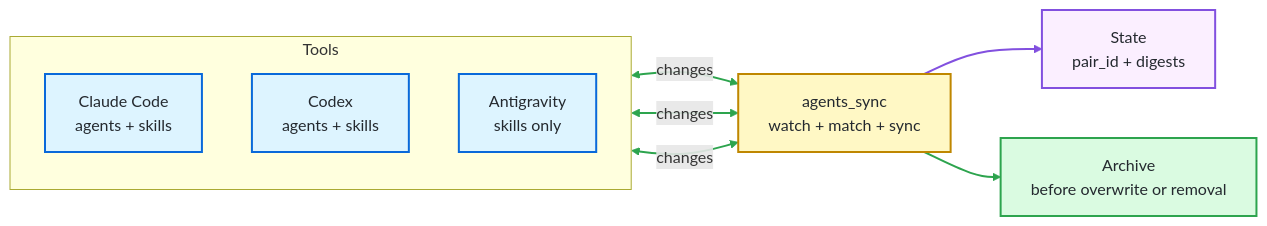
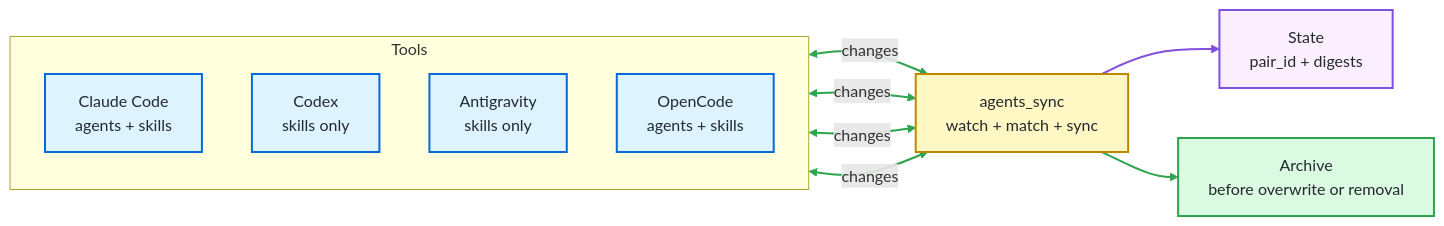
The diagram in README.md (cognitivesand/agents_sync), drawn with Mermaid before and after one commit. The commit also changed other lines of this file and 34 other files, not shown here.

````diff
--- a/README.md
+++ b/README.md
@@ -60,33 +60,35 @@
 ```mermaid
 flowchart LR
     subgraph Tools["Tools"]
         direction TB
         Claude["Claude Code<br/>agents + skills"]
-        Codex["Codex<br/>agents + skills"]
+        Codex["Codex<br/>skills only"]
         Antigravity["Antigravity<br/>skills only"]
+        Opencode["OpenCode<br/>agents + skills"]
     end
 
     Sync["agents_sync<br/>watch + match + sync"]
     State["State<br/>pair_id + digests"]
     Archive["Archive<br/>before overwrite or removal"]
 
     Claude <-->|changes| Sync
     Codex <-->|changes| Sync
     Antigravity <-->|changes| Sync
+    Opencode <-->|changes| Sync
     Sync --> State
     Sync --> Archive
 
     classDef side fill:#ddf4ff,stroke:#0969da,stroke-width:2px,color:#24292f
     classDef sync fill:#fff8c5,stroke:#bf8700,stroke-width:2px,color:#24292f
     classDef state fill:#fbefff,stroke:#8250df,stroke-width:2px,color:#24292f
     classDef archive fill:#dafbe1,stroke:#2da44e,stroke-width:2px,color:#24292f
 
-    class Claude,Codex,Antigravity side
+    class Claude,Codex,Antigravity,Opencode side
     class Sync sync
     class State state
     class Archive archive
 
-    linkStyle 0,1,2 stroke:#2da44e,stroke-width:2px
-    linkStyle 3 stroke:#8250df,stroke-width:2px
-    linkStyle 4 stroke:#2da44e,stroke-width:2px
+    linkStyle 0,1,2,3 stroke:#2da44e,stroke-width:2px
+    linkStyle 4 stroke:#8250df,stroke-width:2px
+    linkStyle 5 stroke:#2da44e,stroke-width:2px
 ```
````
